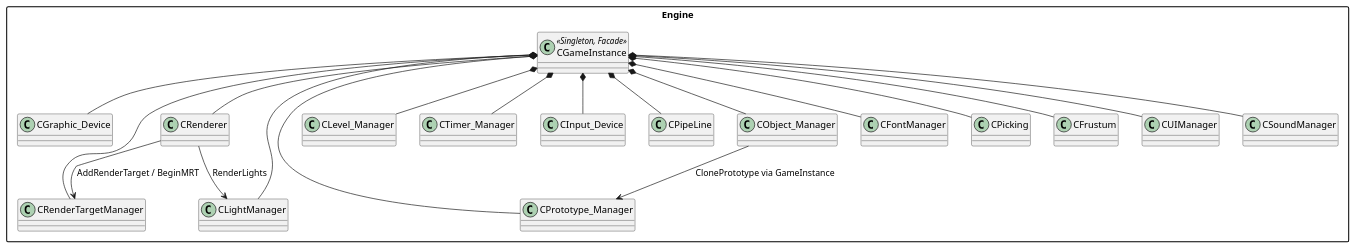
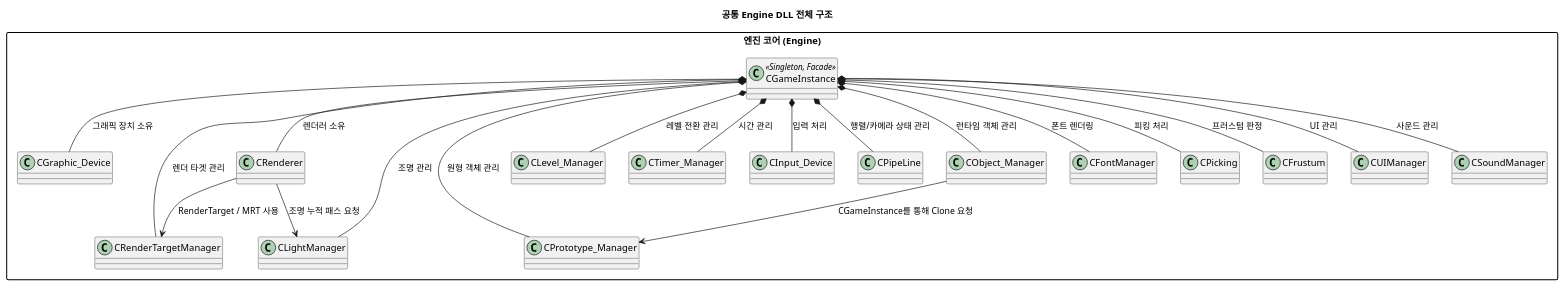
One commit to starkshn/md-docs changed the diagram in projects/common-engine-dll/uml/EngineStructure.puml. Above: the diagram before and after it, drawn with PlantUML. The commit also changed 24 other files, not shown here.

Commit message:
docs: localize PlantUML labels to Korean

```diff
--- a/projects/common-engine-dll/uml/EngineStructure.puml
+++ b/projects/common-engine-dll/uml/EngineStructure.puml
@@ -1,43 +1,45 @@
 @startuml
 skinparam packageStyle rectangle
 skinparam classAttributeIconSize 0
 
-package Engine {
+title 공통 Engine DLL 전체 구조
+
+package "엔진 코어 (Engine)" {
   class CGameInstance <<Singleton, Facade>>
   class CGraphic_Device
   class CRenderer
   class CRenderTargetManager
   class CPrototype_Manager
   class CObject_Manager
   class CLevel_Manager
   class CTimer_Manager
   class CInput_Device
   class CPipeLine
   class CLightManager
   class CFontManager
   class CPicking
   class CFrustum
   class CUIManager
   class CSoundManager
 }
 
-CGameInstance *-- CGraphic_Device
-CGameInstance *-- CRenderer
-CGameInstance *-- CRenderTargetManager
-CGameInstance *-- CPrototype_Manager
-CGameInstance *-- CObject_Manager
-CGameInstance *-- CLevel_Manager
-CGameInstance *-- CTimer_Manager
-CGameInstance *-- CInput_Device
-CGameInstance *-- CPipeLine
-CGameInstance *-- CLightManager
-CGameInstance *-- CFontManager
-CGameInstance *-- CPicking
-CGameInstance *-- CFrustum
-CGameInstance *-- CUIManager
-CGameInstance *-- CSoundManager
+CGameInstance *-- CGraphic_Device : 그래픽 장치 소유
+CGameInstance *-- CRenderer : 렌더러 소유
+CGameInstance *-- CRenderTargetManager : 렌더 타겟 관리
+CGameInstance *-- CPrototype_Manager : 원형 객체 관리
+CGameInstance *-- CObject_Manager : 런타임 객체 관리
+CGameInstance *-- CLevel_Manager : 레벨 전환 관리
+CGameInstance *-- CTimer_Manager : 시간 관리
+CGameInstance *-- CInput_Device : 입력 처리
+CGameInstance *-- CPipeLine : 행렬/카메라 상태 관리
+CGameInstance *-- CLightManager : 조명 관리
+CGameInstance *-- CFontManager : 폰트 렌더링
+CGameInstance *-- CPicking : 피킹 처리
+CGameInstance *-- CFrustum : 프러스텀 판정
+CGameInstance *-- CUIManager : UI 관리
+CGameInstance *-- CSoundManager : 사운드 관리
 
-CRenderer --> CRenderTargetManager : AddRenderTarget / BeginMRT
-CRenderer --> CLightManager : RenderLights
-CObject_Manager --> CPrototype_Manager : ClonePrototype via GameInstance
+CRenderer --> CRenderTargetManager : RenderTarget / MRT 사용
+CRenderer --> CLightManager : 조명 누적 패스 요청
+CObject_Manager --> CPrototype_Manager : CGameInstance를 통해 Clone 요청
 @enduml
```
